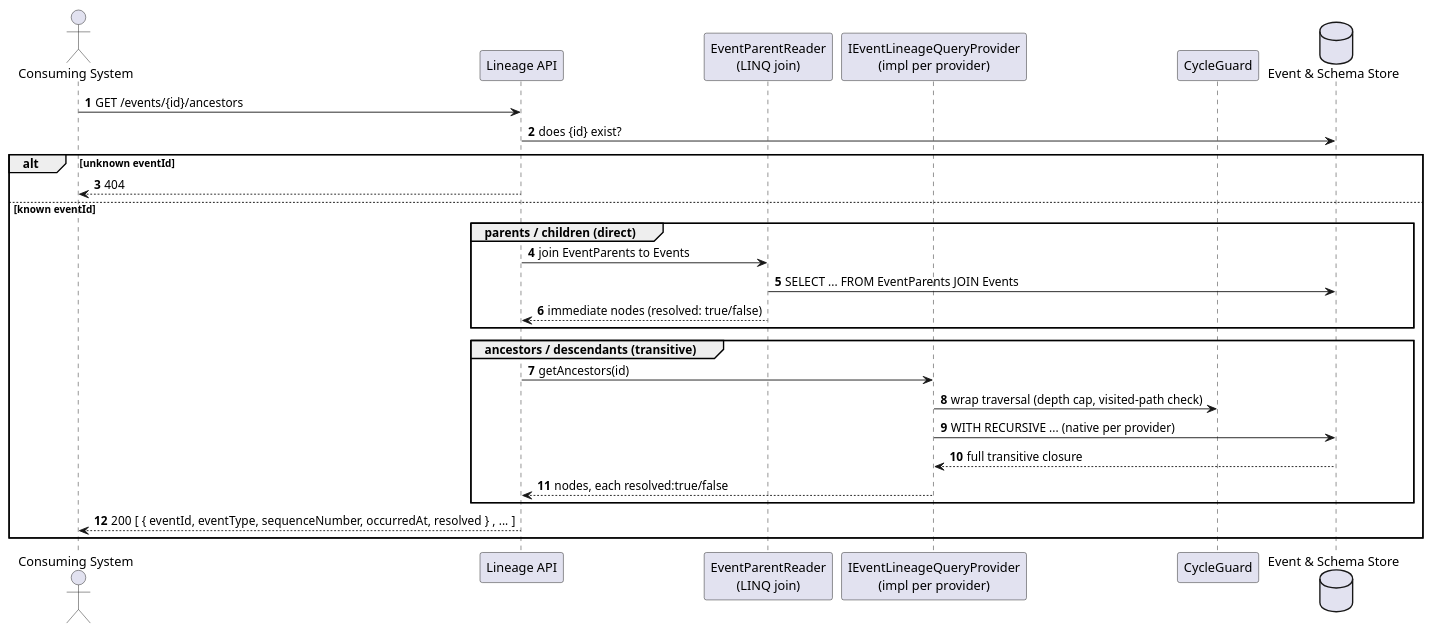
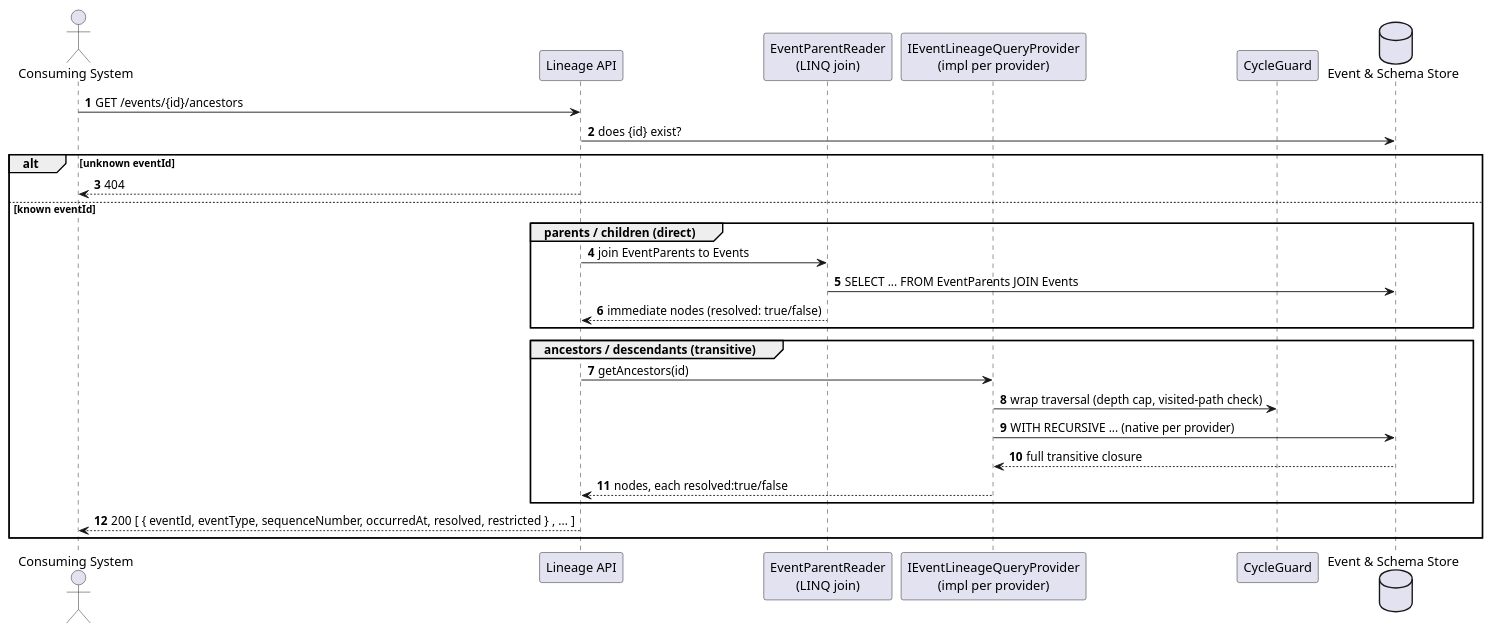
The second of 3 diagrams in docs/features/event-chains.md (Mwwhited-BookLearning/EventSourcing), drawn with PlantUML before and after one commit. The commit also changed other lines of this file and 13 other files, not shown here.

````diff
--- a/docs/features/event-chains.md
+++ b/docs/features/event-chains.md
@@ -42,31 +42,31 @@
 ```plantuml
 @startuml EventChains_Query_Sequence
 autonumber
 actor "Consuming System" as client
 participant "Lineage API" as endpoint
 participant "EventParentReader\n(LINQ join)" as directReader
 participant "IEventLineageQueryProvider\n(impl per provider)" as recursiveReader
 participant "CycleGuard" as guard
 database "Event & Schema Store" as db
 
 client -> endpoint: GET /events/{id}/ancestors
 endpoint -> db: does {id} exist?
 alt unknown eventId
   endpoint --> client: 404
 else known eventId
   group parents / children (direct)
     endpoint -> directReader: join EventParents to Events
     directReader -> db: SELECT ... FROM EventParents JOIN Events
     directReader --> endpoint: immediate nodes (resolved: true/false)
   end
   group ancestors / descendants (transitive)
     endpoint -> recursiveReader: getAncestors(id)
     recursiveReader -> guard: wrap traversal (depth cap, visited-path check)
     recursiveReader -> db: WITH RECURSIVE ... (native per provider)
     db --> recursiveReader: full transitive closure
     recursiveReader --> endpoint: nodes, each resolved:true/false
   end
-  endpoint --> client: 200 [ { eventId, eventType, sequenceNumber, occurredAt, resolved } , ... ]
+  endpoint --> client: 200 [ { eventId, eventType, sequenceNumber, occurredAt, resolved, restricted } , ... ]
 end
 @enduml
 ```
````
